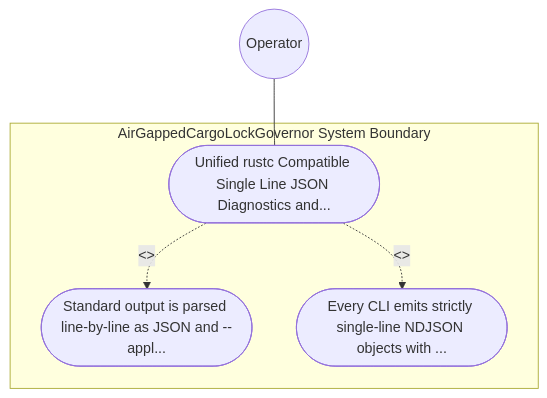
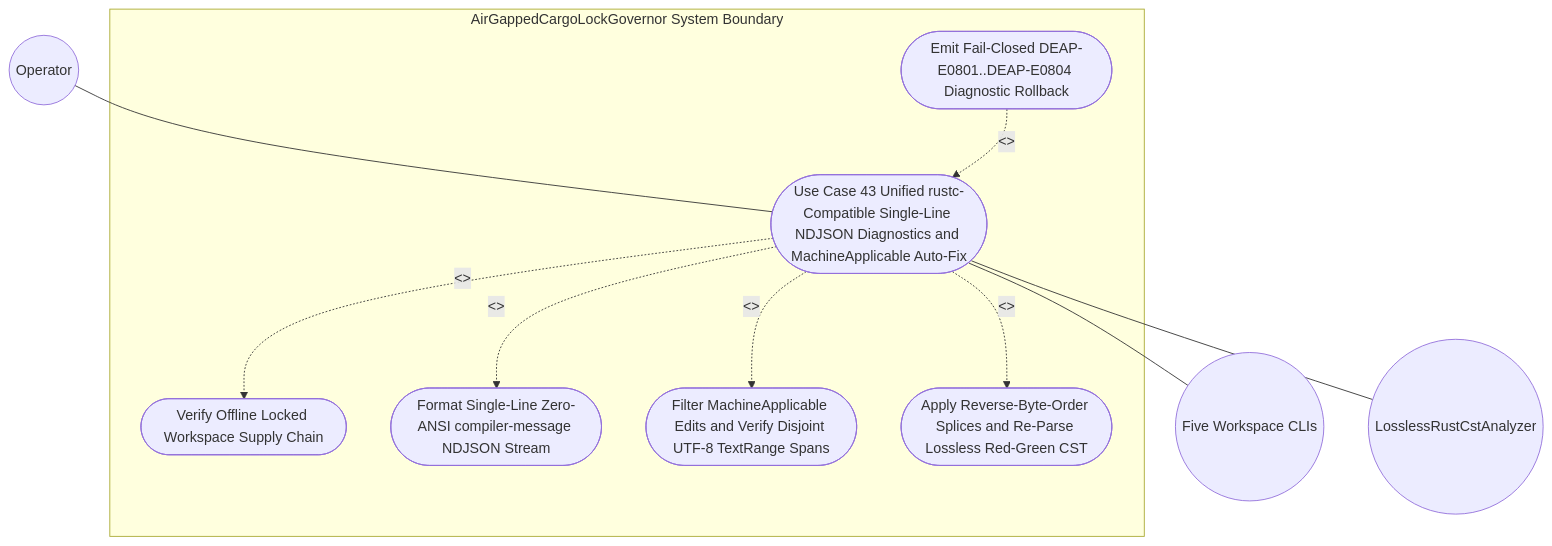
One commit to gintatkinson/DEAP01-spec-core changed the diagram in .pipeline/upstream/docs/use-cases/UC-43-Unified_rustc_Compatible_Single_Line_JSON_Diagnostics_and_MachineApplicable_Auto_Fix_Across_All_Five_CLIs.md. Above: the diagram before and after it, drawn with Mermaid. The commit also changed other lines of this file and 3 other files, not shown here.

````diff
--- a/.pipeline/upstream/docs/use-cases/UC-43-Unified_rustc_Compatible_Single_Line_JSON_Diagnostics_and_MachineApplicable_Auto_Fix_Across_All_Five_CLIs.md
+++ b/.pipeline/upstream/docs/use-cases/UC-43-Unified_rustc_Compatible_Single_Line_JSON_Diagnostics_and_MachineApplicable_Auto_Fix_Across_All_Five_CLIs.md
@@ -16,11 +18,19 @@
 ```mermaid
 graph TD
     subgraph "AirGappedCargoLockGovernor System Boundary"
-        UC_Main(["Unified rustc Compatible Single Line JSON Diagnostics and..."])
-        UC_Step01(["Standard output is parsed line-by-line as JSON and --appl..."])
-        UC_Step02(["Every CLI emits strictly single-line NDJSON objects with ..."])
+        UC_Main(["Use Case 43 Unified rustc-Compatible Single-Line NDJSON Diagnostics and MachineApplicable Auto-Fix"])
+        UC_Lock(["Verify Offline Locked Workspace Supply Chain"])
+        UC_Emit(["Format Single-Line Zero-ANSI compiler-message NDJSON Stream"])
+        UC_Validate(["Filter MachineApplicable Edits and Verify Disjoint UTF-8 TextRange Spans"])
+        UC_Splice(["Apply Reverse-Byte-Order Splices and Re-Parse Lossless Red-Green CST"])
+        UC_Reject(["Emit Fail-Closed DEAP-E0801..DEAP-E0804 Diagnostic Rollback"])
     end
     Operator(("Operator")) --- UC_Main
-    UC_Main -. "<<include>>" .-> UC_Step01
-    UC_Main -. "<<include>>" .-> UC_Step02
+    UC_Main --- CliSuite(("Five Workspace CLIs"))
+    UC_Main --- CstAnalyzer(("LosslessRustCstAnalyzer"))
+    UC_Main -. "<<include>>" .-> UC_Lock
+    UC_Main -. "<<include>>" .-> UC_Emit
+    UC_Main -. "<<include>>" .-> UC_Validate
+    UC_Main -. "<<include>>" .-> UC_Splice
+    UC_Reject -. "<<extend>>" .-> UC_Main
 ```
````
